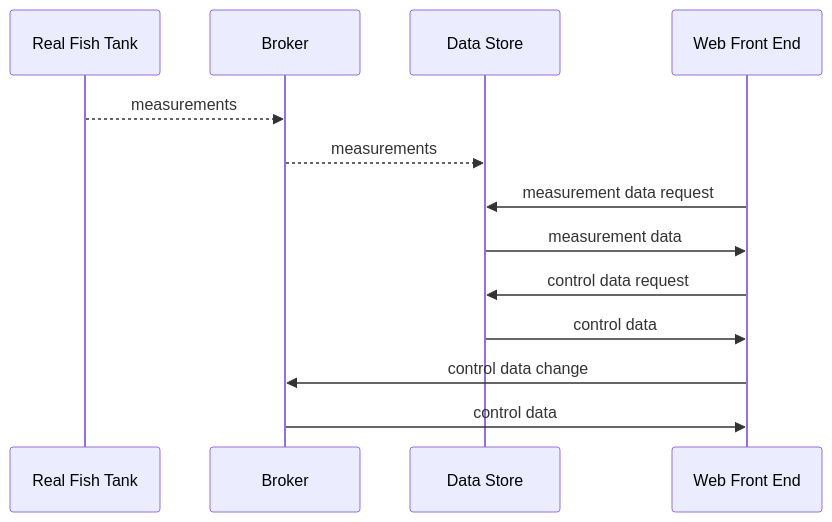
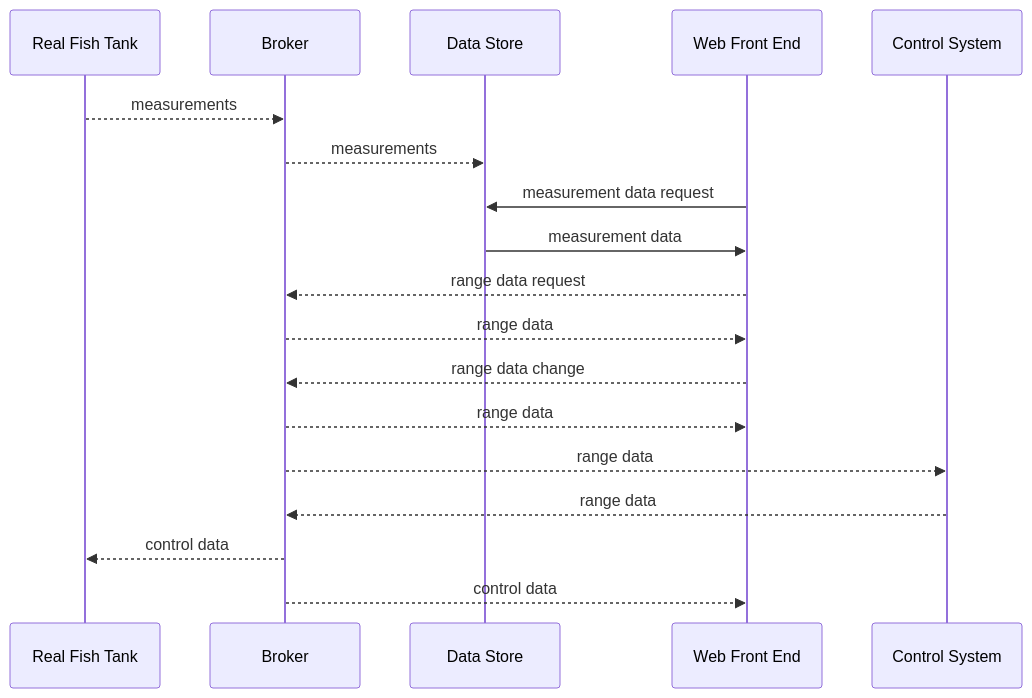
The diagram in Projects - Demo Project/Ideas around MQTT.md (mr-eggleton/obsidian-notes), drawn with Mermaid before and after one commit.

Commit message:
vault backup: 2025-07-07 14:55:34

````diff
--- a/Projects - Demo Project/Ideas around MQTT.md
+++ b/Projects - Demo Project/Ideas around MQTT.md
@@ -2,13 +2,15 @@
 ```mermaid
 sequenceDiagram
 Real Fish Tank -->> Broker: measurements
 Broker-->>Data Store: measurements
 Web Front End->>Data Store: measurement data request
 Data Store->>Web Front End: measurement data
-Web Front End->>Data Store: control data request
-Data Store->>Web Front End: control data
-Web Front End->>Broker: control data change
-Broker->>Web Front End: control data
-
-
+Web Front End-->>Broker: range data request
+Broker-->>Web Front End: range data
+Web Front End-->>Broker: range data change
+Broker-->>Web Front End: range data
+Broker-->>Control System : range data
+Control System-->>Broker : range data
+Broker-->>Real Fish Tank: control data
+Broker-->>Web Front End: control data
 ```
````
